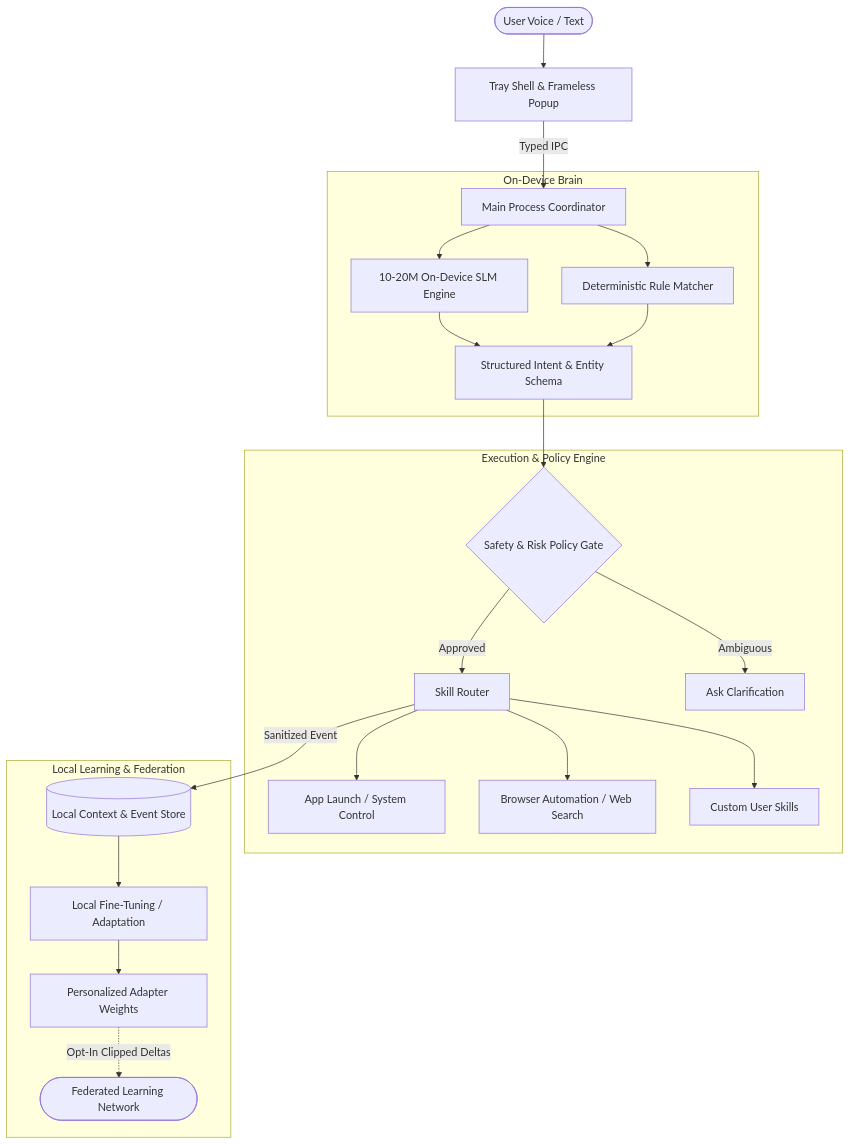
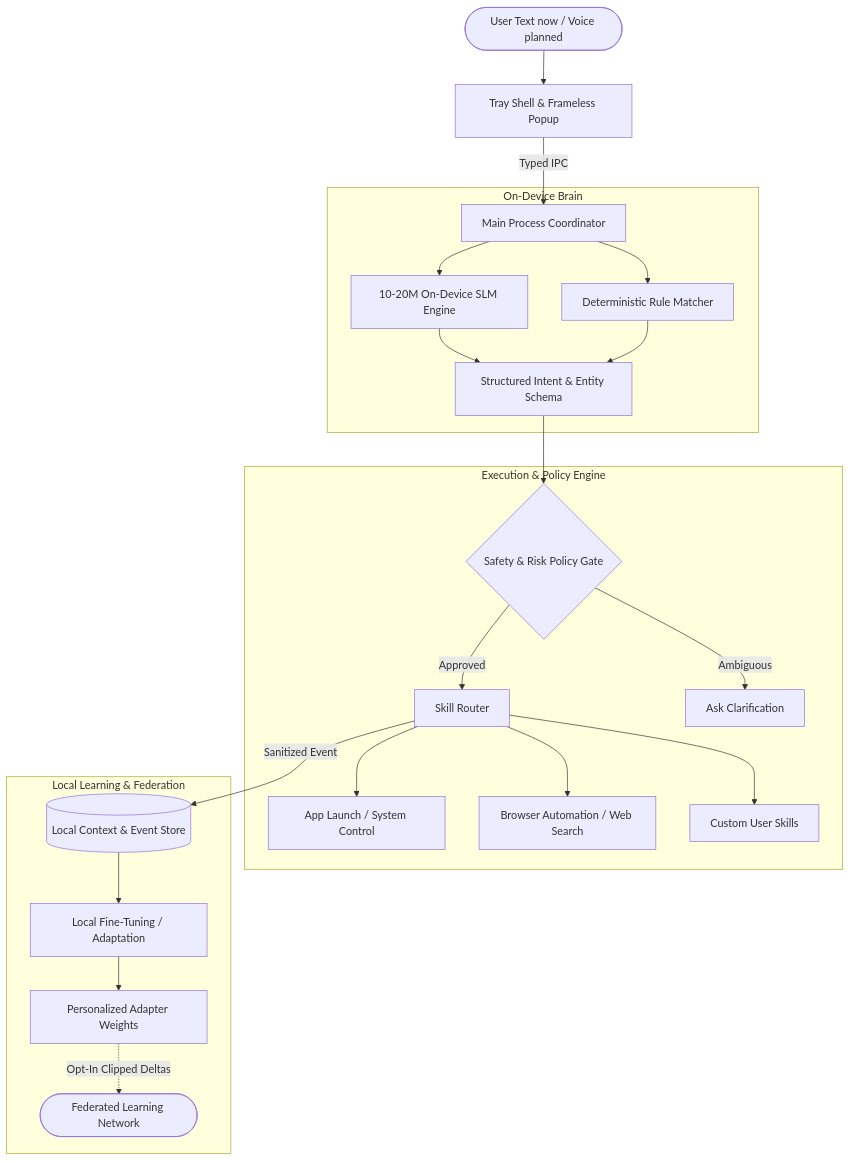
One commit to vednarvekar/Ve changed the diagram in docs/architecture.md. Above: the diagram before and after it, drawn with Mermaid. The commit also changed 14 other files, not shown here.

````diff
--- a/docs/architecture.md
+++ b/docs/architecture.md
@@ -11,28 +11,28 @@
 ```mermaid
 flowchart TD
-    User([User Voice / Text]) --> TrayUI[Tray Shell & Frameless Popup]
+    User([User Text now / Voice planned]) --> TrayUI[Tray Shell & Frameless Popup]
     TrayUI -->|Typed IPC| MainCoord[Main Process Coordinator]
     
     subgraph Brain ["On-Device Brain"]
         MainCoord --> SLM[10-20M On-Device SLM Engine]
         MainCoord --> Fallback[Deterministic Rule Matcher]
         SLM --> Intent[Structured Intent & Entity Schema]
         Fallback --> Intent
     end
 
     subgraph CoreEngine ["Execution & Policy Engine"]
         Intent --> Gate{Safety & Risk Policy Gate}
         Gate -->|Approved| Router[Skill Router]
         Gate -->|Ambiguous| Clarify[Ask Clarification]
         Router --> S1[App Launch / System Control]
         Router --> S2[Browser Automation / Web Search]
         Router --> S3[Custom User Skills]
     end
 
     subgraph DataAndLearning ["Local Learning & Federation"]
         Router -->|Sanitized Event| LocalDB[(Local Context & Event Store)]
         LocalDB --> LocalTrainer[Local Fine-Tuning / Adaptation]
         LocalTrainer --> LocalWeights[Personalized Adapter Weights]
         LocalWeights -.->|Opt-In Clipped Deltas| FedAggregator([Federated Learning Network])
     end
 ```
````
